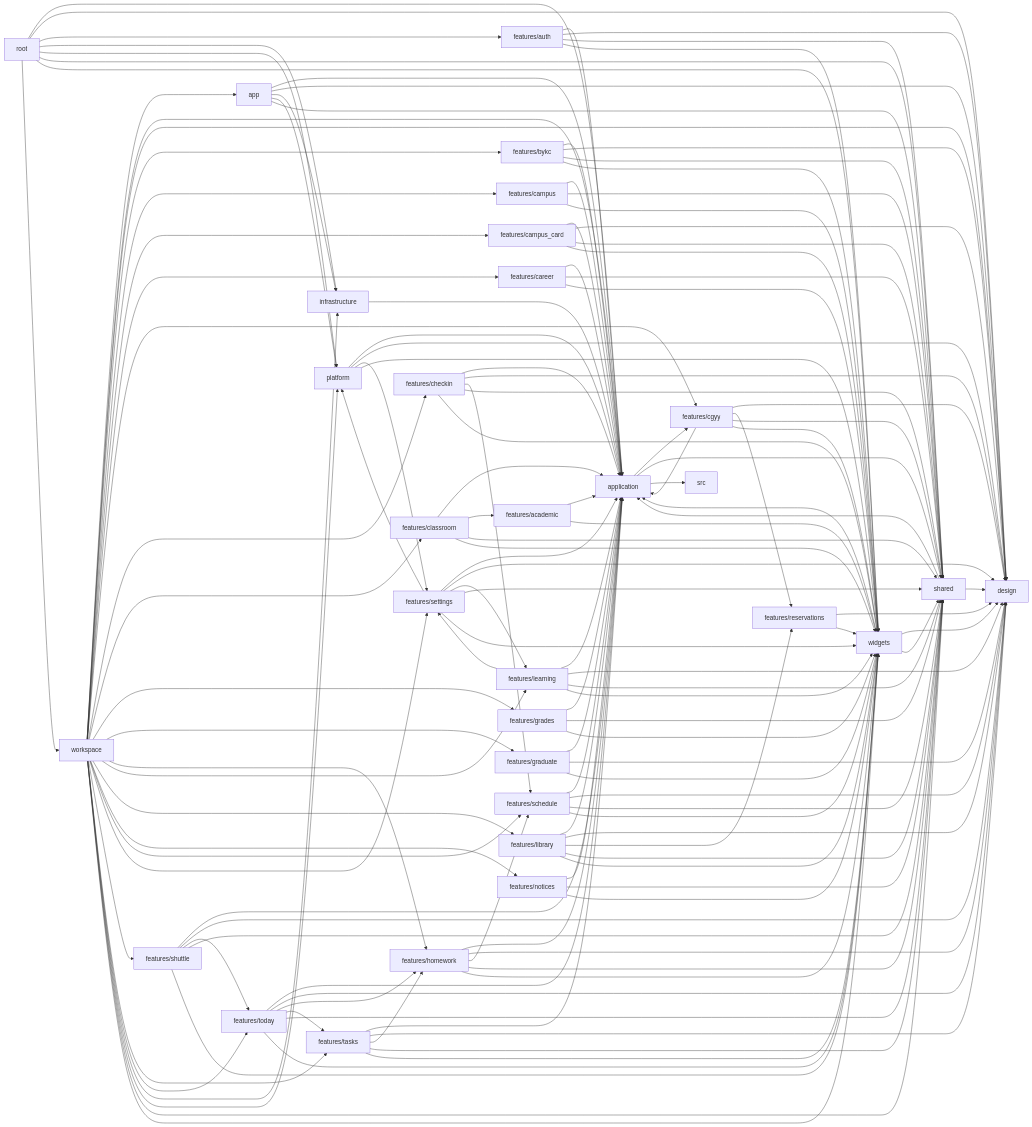
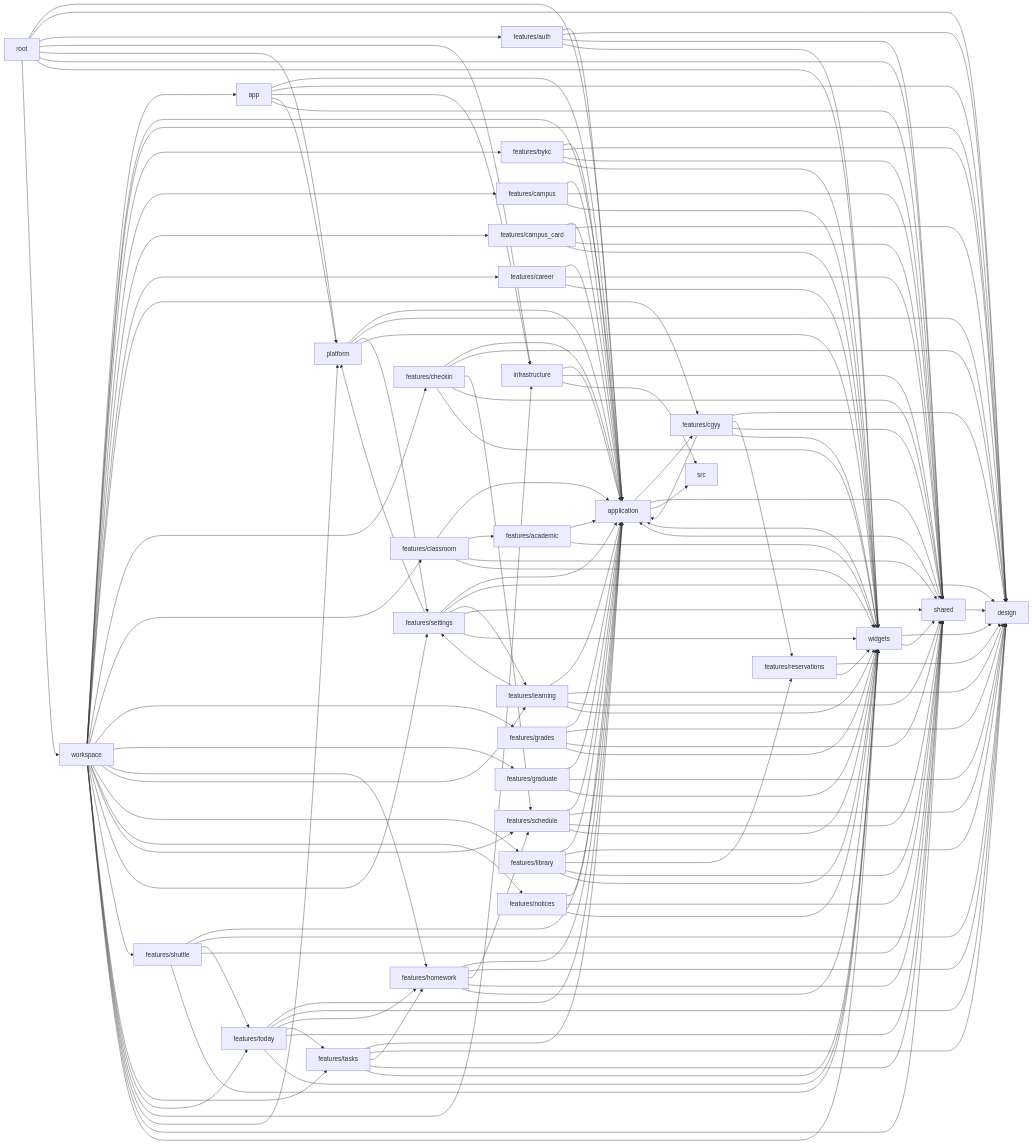
One commit to JUANWANG-BUAA/ginkgo changed the first of 3 diagrams in docs/interfaces/DEPENDENCY-GRAPH.md. Above: the diagram before and after it, drawn with Mermaid. The commit also changed other lines of this file and 106 other files, not shown here.

```diff
--- a/docs/interfaces/DEPENDENCY-GRAPH.md
+++ b/docs/interfaces/DEPENDENCY-GRAPH.md
@@ -84,6 +84,7 @@
   n_features_classroom --> n_shared
   n_features_classroom --> n_widgets
   n_features_grades --> n_application
+  n_features_grades --> n_design
   n_features_grades --> n_shared
   n_features_grades --> n_widgets
   n_features_graduate --> n_application
@@ -136,6 +137,8 @@
   n_features_today --> n_shared
   n_features_today --> n_widgets
   n_infrastructure --> n_application
+  n_infrastructure --> n_shared
+  n_infrastructure --> n_src
   n_platform --> n_application
   n_platform --> n_design
   n_platform --> n_features_settings
```
